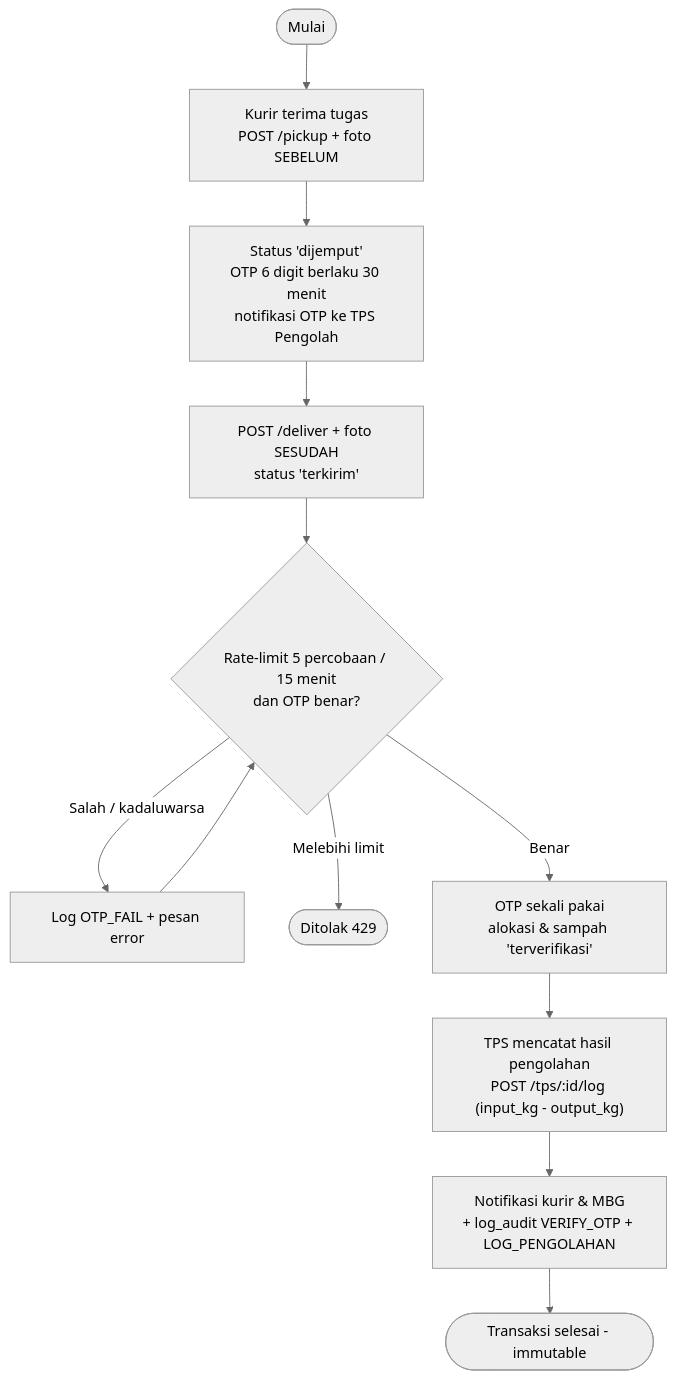
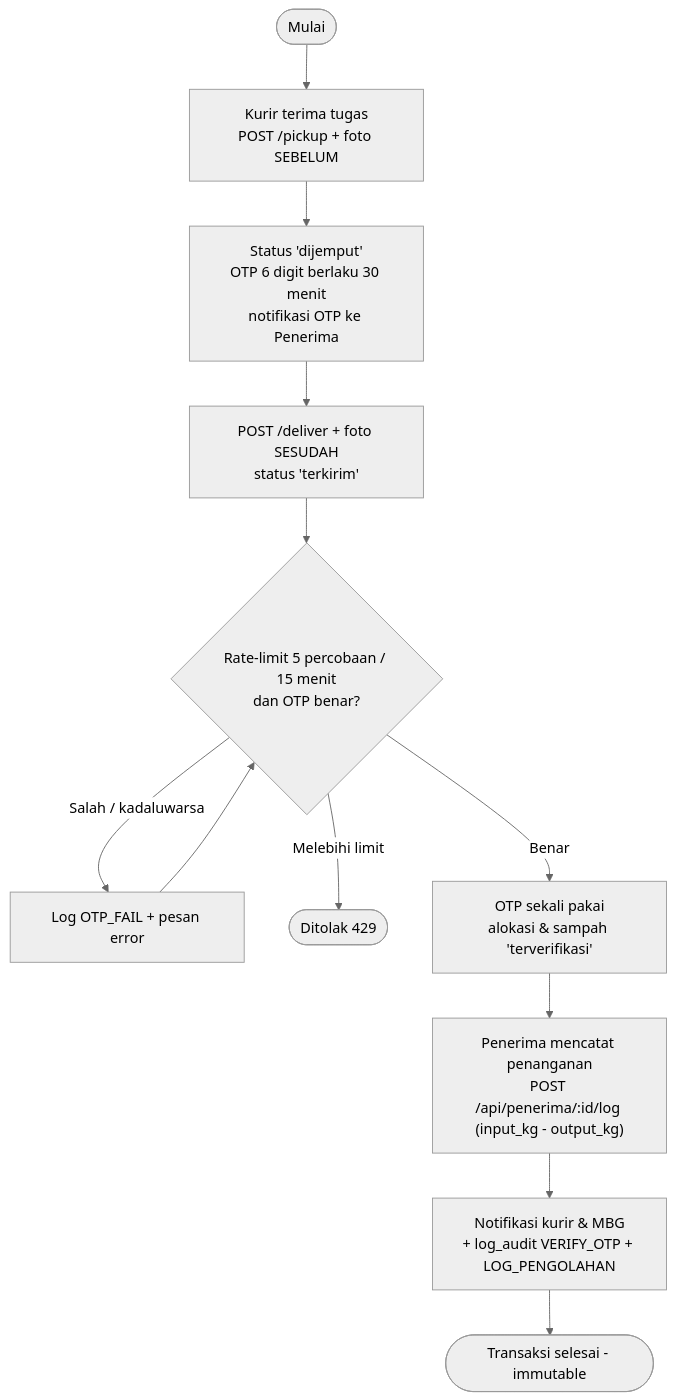
Before and after one commit to naylaaurellia18-web/ecomatch: the fourth of 10 diagrams in docs/arsitektur/Dokumen_Arsitektur_Sistem_EcoMatch_v2.0.md, drawn with Mermaid (neutral theme). The commit also changed other lines of this file and 110 other files, not shown here.

````diff
--- a/docs/arsitektur/Dokumen_Arsitektur_Sistem_EcoMatch_v2.0.md
+++ b/docs/arsitektur/Dokumen_Arsitektur_Sistem_EcoMatch_v2.0.md
@@ -200,14 +200,14 @@
 ```mermaid
 flowchart TD
     Start([Mulai]) --> A["Kurir terima tugas<br/>POST /pickup + foto SEBELUM"]
-    A --> B["Status 'dijemput'<br/>OTP 6 digit berlaku 30 menit<br/>notifikasi OTP ke TPS Pengolah"]
+    A --> B["Status 'dijemput'<br/>OTP 6 digit berlaku 30 menit<br/>notifikasi OTP ke Penerima"]
     B --> C["POST /deliver + foto SESUDAH<br/>status 'terkirim'"]
     C --> D{"Rate-limit 5 percobaan / 15 menit<br/>dan OTP benar?"}
     D -->|Salah / kadaluwarsa| E["Log OTP_FAIL + pesan error"]
     E --> D
     D -->|Melebihi limit| X([Ditolak 429])
     D -->|Benar| F["OTP sekali pakai<br/>alokasi & sampah 'terverifikasi'"]
-    F --> G["TPS mencatat hasil pengolahan<br/>POST /tps/:id/log (input_kg - output_kg)"]
+    F --> G["Penerima mencatat penanganan<br/>POST /api/penerima/:id/log (input_kg - output_kg)"]
     G --> H["Notifikasi kurir & MBG<br/>+ log_audit VERIFY_OTP + LOG_PENGOLAHAN"]
     H --> L([Transaksi selesai - immutable])
 ```
````
